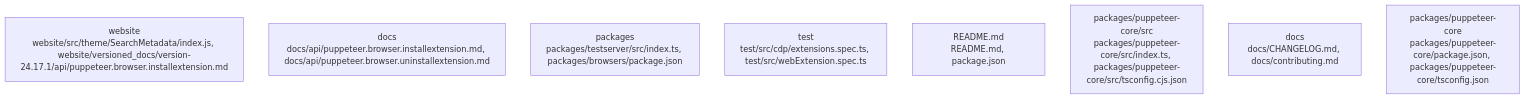
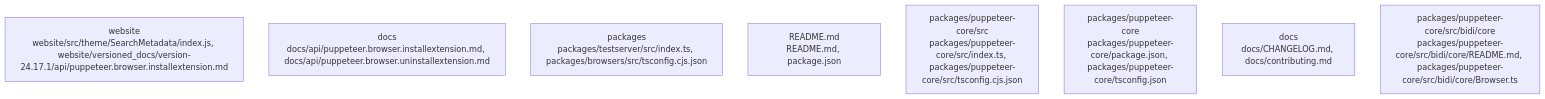
Before and after one commit to ta01012004/Codewiki-and-benchmark-4-models-local: the diagram in outputs/docs/CodeLlama/puppeteer.md, drawn with Mermaid. The commit also changed other lines of this file and 11 other files, not shown here.

````diff
--- a/outputs/docs/CodeLlama/puppeteer.md
+++ b/outputs/docs/CodeLlama/puppeteer.md
@@ -55,13 +28,13 @@
 ```mermaid
 
 flowchart TD
   community_01[website\nwebsite/src/theme/SearchMetadata/index.js, website/versioned_docs/version-24.17.1/api/puppeteer.browser.installextension.md]
   community_02[docs\ndocs/api/puppeteer.browser.installextension.md, docs/api/puppeteer.browser.uninstallextension.md]
-  community_03[packages\npackages/testserver/src/index.ts, packages/browsers/package.json]
-  community_04[test\ntest/src/cdp/extensions.spec.ts, test/src/webExtension.spec.ts]
-  community_05[README.md\nREADME.md, package.json]
-  community_06[packages/puppeteer-core/src\npackages/puppeteer-core/src/index.ts, packages/puppeteer-core/src/tsconfig.cjs.json]
+  community_03[packages\npackages/testserver/src/index.ts, packages/browsers/src/tsconfig.cjs.json]
+  community_04[README.md\nREADME.md, package.json]
+  community_05[packages/puppeteer-core/src\npackages/puppeteer-core/src/index.ts, packages/puppeteer-core/src/tsconfig.cjs.json]
+  community_06[packages/puppeteer-core\npackages/puppeteer-core/package.json, packages/puppeteer-core/tsconfig.json]
   community_07[docs\ndocs/CHANGELOG.md, docs/contributing.md]
-  community_08[packages/puppeteer-core\npackages/puppeteer-core/package.json, packages/puppeteer-core/tsconfig.json]
+  community_08[packages/puppeteer-core/src/bidi/core\npackages/puppeteer-core/src/bidi/core/README.md, packages/puppeteer-core/src/bidi/core/Browser.ts]
 
 ```
````
